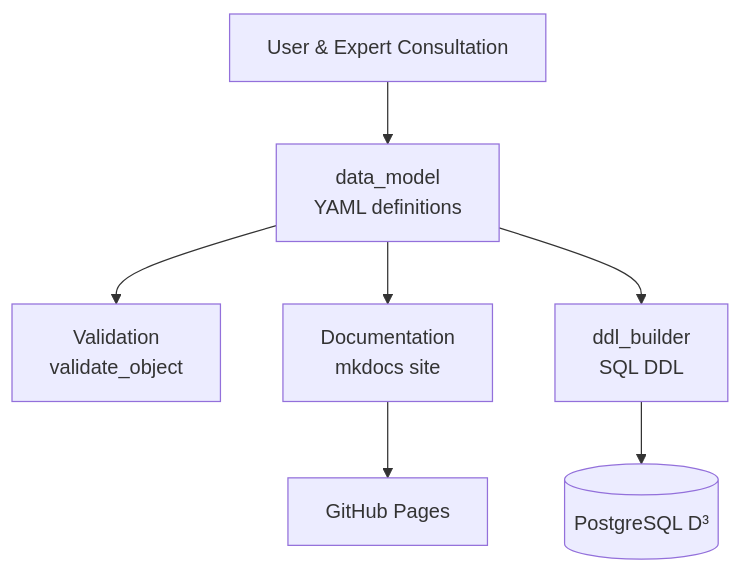
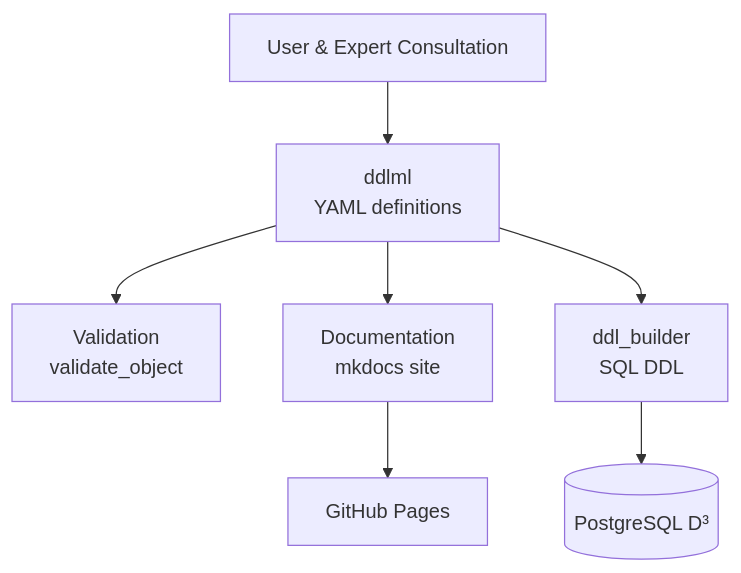
Before and after one commit to UBC-DERC/data_model: the diagram in DESIGN.md, drawn with Mermaid. The commit also changed other lines of this file and 3 other files, not shown here.

````diff
--- a/DESIGN.md
+++ b/DESIGN.md
@@ -79,9 +79,9 @@
 ```mermaid
 flowchart TD
-    consult[User & Expert Consultation] --> model[data_model<br/>YAML definitions]
+    consult[User & Expert Consultation] --> model[ddlml<br/>YAML definitions]
     model --> validate[Validation<br/>validate_object]
     model --> docs[Documentation<br/>mkdocs site]
     model --> ddl[ddl_builder<br/>SQL DDL]
     ddl --> db[(PostgreSQL D³)]
     docs --> site[GitHub Pages]
 ```
````
